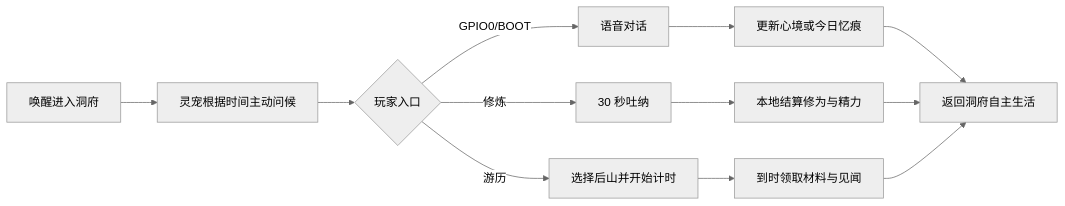
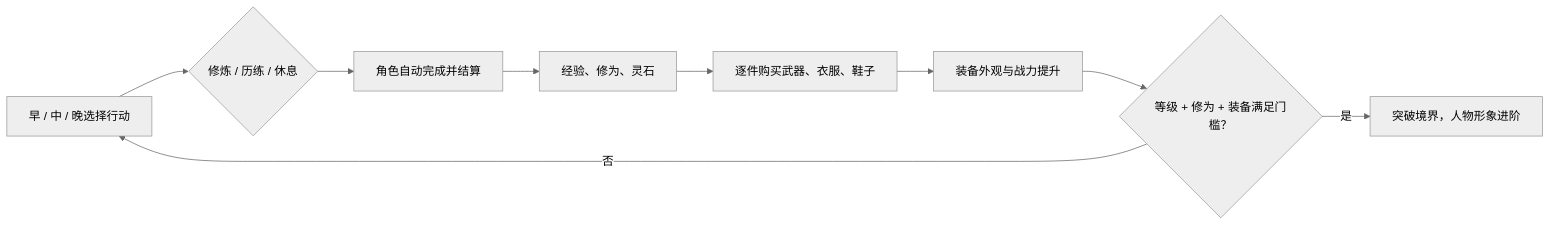
The diagram in docs/gameplay-and-entrypoints.md (ZeroCc7/immortal_pet_v2), drawn with Mermaid (neutral theme) before and after one commit. The commit also changed other lines of this file and 14 other files, not shown here.

````diff
--- a/docs/gameplay-and-entrypoints.md
+++ b/docs/gameplay-and-entrypoints.md
@@ -177,14 +19,11 @@
 ```mermaid
 flowchart LR
-    A["唤醒进入洞府"] --> B["灵宠根据时间主动问候"]
-    B --> C{"玩家入口"}
-    C -->|"GPIO0/BOOT"| D["语音对话"]
-    C -->|"修炼"| E["30 秒吐纳"]
-    C -->|"游历"| F["选择后山并开始计时"]
-    D --> G["更新心境或今日忆痕"]
-    E --> H["本地结算修为与精力"]
-    F --> I["到时领取材料与见闻"]
-    G --> J["返回洞府自主生活"]
-    H --> J
-    I --> J
+    A["早 / 中 / 晚选择行动"] --> B{"修炼 / 历练 / 休息"}
+    B --> C["角色自动完成并结算"]
+    C --> D["经验、修为、灵石"]
+    D --> E["逐件购买武器、衣服、鞋子"]
+    E --> F["装备外观与战力提升"]
+    F --> G{"等级 + 修为 + 装备满足门槛？"}
+    G -->|是| H["突破境界，人物形象进阶"]
+    G -->|否| A
 ```
````
